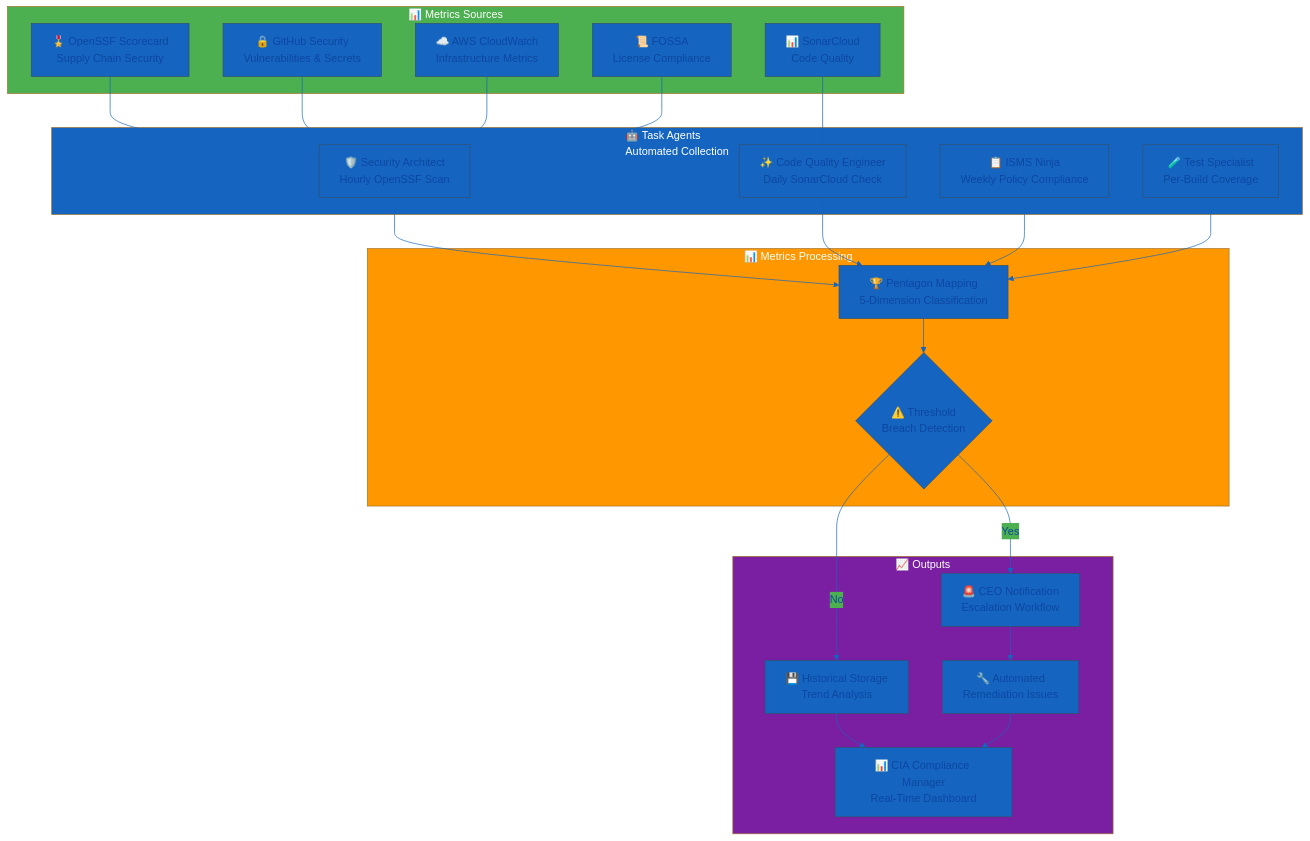
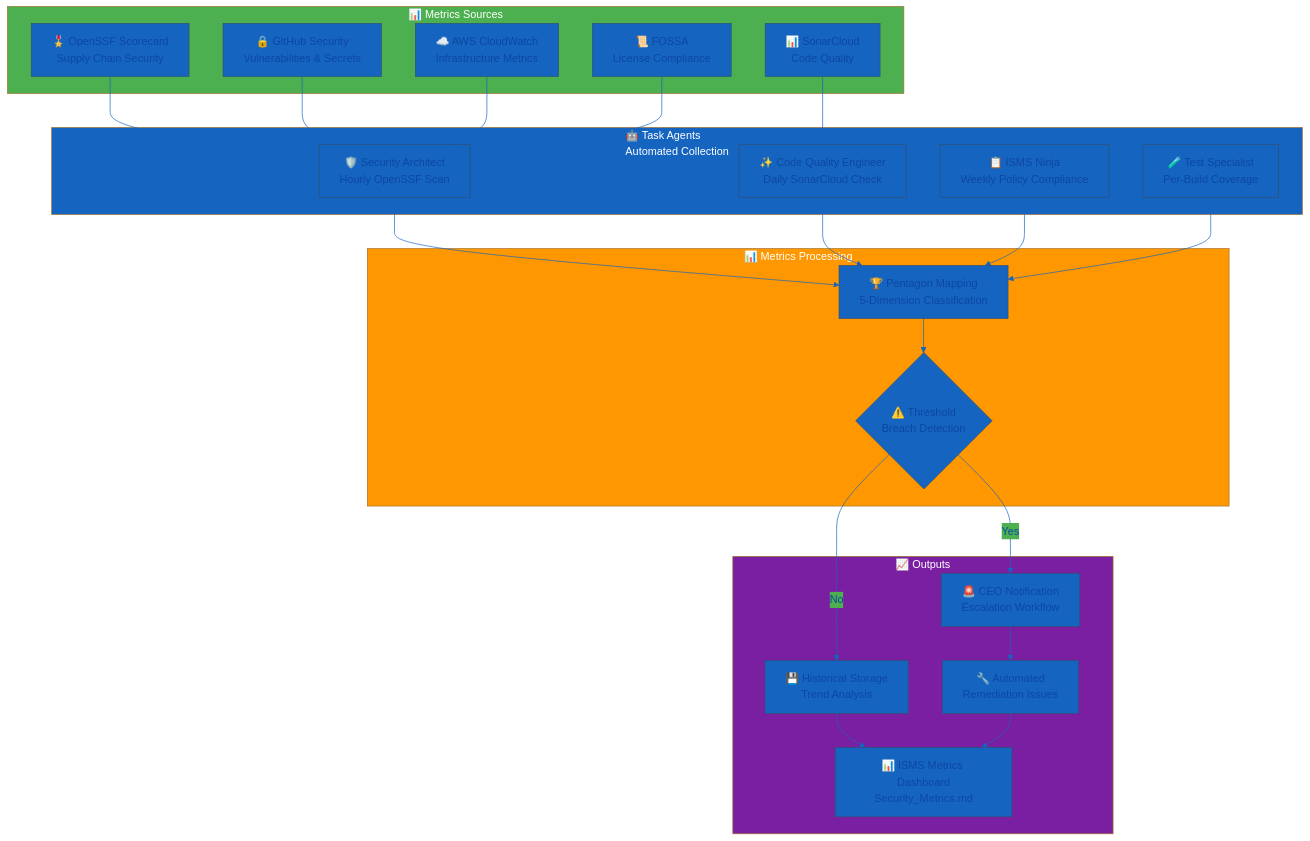
One commit to Hack23/ISMS-PUBLIC changed the first of 5 diagrams in Security_Metrics.md. Above: the diagram before and after it, drawn with Mermaid. The commit also changed other lines of this file and 35 other files, not shown here.

````diff
--- a/Security_Metrics.md
+++ b/Security_Metrics.md
@@ -128,66 +301,66 @@
 ```mermaid
 %%{
   init: {
     'theme': 'base',
     'themeVariables': {
       'primaryColor': '#1565C0',
       'primaryTextColor': '#0d47a1',
       'lineColor': '#1565C0',
       'secondaryColor': '#4CAF50',
       'tertiaryColor': '#FF9800'
     }
   }
 }%%
 flowchart TD
     subgraph SOURCES["📊 Metrics Sources"]
         OPENSSF[🎖️ OpenSSF Scorecard<br/>Supply Chain Security]
         SONAR[📊 SonarCloud<br/>Code Quality]
         GITHUB[🔒 GitHub Security<br/>Vulnerabilities & Secrets]
         AWS[☁️ AWS CloudWatch<br/>Infrastructure Metrics]
         FOSSA[📜 FOSSA<br/>License Compliance]
     end
     
     subgraph AGENTS["🤖 Task Agents<br/>Automated Collection"]
         SEC_AGENT[🛡️ Security Architect<br/>Hourly OpenSSF Scan]
         QUAL_AGENT[✨ Code Quality Engineer<br/>Daily SonarCloud Check]
         ISMS_AGENT[📋 ISMS Ninja<br/>Weekly Policy Compliance]
         TEST_AGENT[🧪 Test Specialist<br/>Per-Build Coverage]
     end
     
     subgraph PROCESSING["📊 Metrics Processing"]
         PENTAGON[🏆 Pentagon Mapping<br/>5-Dimension Classification]
         THRESHOLD{⚠️ Threshold<br/>Breach Detection}
     end
     
     subgraph OUTPUTS["📈 Outputs"]
-        DASHBOARD[📊 CIA Compliance Manager<br/>Real-Time Dashboard]
+        DASHBOARD[📊 ISMS Metrics Dashboard<br/>Security_Metrics.md]
         ALERT[🚨 CEO Notification<br/>Escalation Workflow]
         STORE[💾 Historical Storage<br/>Trend Analysis]
         REMEDIATE[🔧 Automated<br/>Remediation Issues]
     end
     
     OPENSSF --> SEC_AGENT
     SONAR --> QUAL_AGENT
     GITHUB --> SEC_AGENT
     AWS --> SEC_AGENT
     FOSSA --> SEC_AGENT
     
     SEC_AGENT --> PENTAGON
     QUAL_AGENT --> PENTAGON
     ISMS_AGENT --> PENTAGON
     TEST_AGENT --> PENTAGON
     
     PENTAGON --> THRESHOLD
     
     THRESHOLD -->|Yes| ALERT
     THRESHOLD -->|No| STORE
     
     ALERT --> REMEDIATE
     STORE --> DASHBOARD
     REMEDIATE --> DASHBOARD
     
     style SOURCES fill:#4CAF50,color:#fff
     style AGENTS fill:#1565C0,color:#fff
     style PROCESSING fill:#FF9800,color:#fff
     style OUTPUTS fill:#7B1FA2,color:#fff
 ```
````
